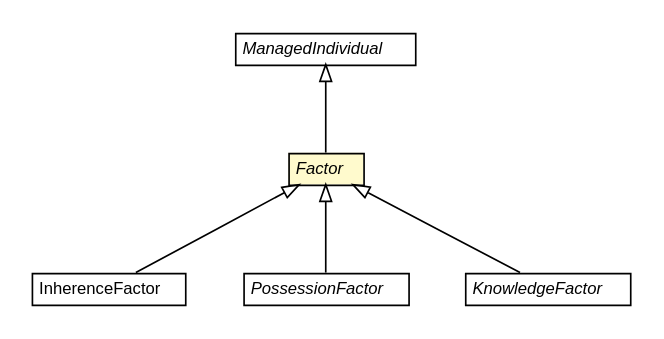
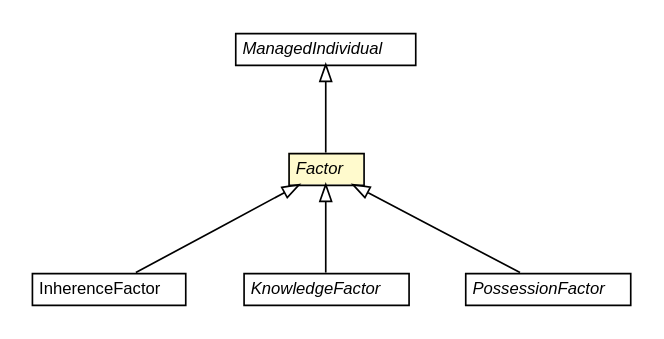
One commit to universAAL/ontology changed the diagram in ont.pom/apidocs/org/universAAL/ontology/security/Factor.dot. Above: the diagram before and after it, drawn with Graphviz. The commit also changed 1306 other files, not shown here.

```diff
--- a/ont.pom/apidocs/org/universAAL/ontology/security/Factor.dot
+++ b/ont.pom/apidocs/org/universAAL/ontology/security/Factor.dot
@@ -1,50 +1,50 @@
 #!/usr/local/bin/dot
 #
 # Class diagram 
 # Generated by UMLGraph version R5_6-24-gf6e263 (http://www.umlgraph.org/)
 #
 
 digraph G {
 	edge [fontname="Helvetica",fontsize=10,labelfontname="Helvetica",labelfontsize=10];
 	node [fontname="Helvetica",fontsize=10,shape=plaintext];
 	nodesep=0.25;
 	ranksep=0.5;
 	// org.universAAL.ontology.security.InherenceFactor
-	c175930 [label=<<table title="org.universAAL.ontology.security.InherenceFactor" border="0" cellborder="1" cellspacing="0" cellpadding="2" port="p" href="./InherenceFactor.html">
+	c175926 [label=<<table title="org.universAAL.ontology.security.InherenceFactor" border="0" cellborder="1" cellspacing="0" cellpadding="2" port="p" href="./InherenceFactor.html">
 		<tr><td><table border="0" cellspacing="0" cellpadding="1">
 <tr><td align="center" balign="center"> InherenceFactor </td></tr>
 		</table></td></tr>
 		</table>>, URL="./InherenceFactor.html", fontname="Helvetica", fontcolor="black", fontsize=10.0];
+	// org.universAAL.ontology.security.KnowledgeFactor
+	c175929 [label=<<table title="org.universAAL.ontology.security.KnowledgeFactor" border="0" cellborder="1" cellspacing="0" cellpadding="2" port="p" href="./KnowledgeFactor.html">
+		<tr><td><table border="0" cellspacing="0" cellpadding="1">
+<tr><td align="center" balign="center"><font face="Helvetica-Oblique"> KnowledgeFactor </font></td></tr>
+		</table></td></tr>
+		</table>>, URL="./KnowledgeFactor.html", fontname="Helvetica", fontcolor="black", fontsize=10.0];
+	// org.universAAL.ontology.security.Factor
+	c175934 [label=<<table title="org.universAAL.ontology.security.Factor" border="0" cellborder="1" cellspacing="0" cellpadding="2" port="p" bgcolor="lemonChiffon" href="./Factor.html">
+		<tr><td><table border="0" cellspacing="0" cellpadding="1">
+<tr><td align="center" balign="center"><font face="Helvetica-Oblique"> Factor </font></td></tr>
+		</table></td></tr>
+		</table>>, URL="./Factor.html", fontname="Helvetica", fontcolor="black", fontsize=10.0];
 	// org.universAAL.ontology.security.PossessionFactor
-	c175938 [label=<<table title="org.universAAL.ontology.security.PossessionFactor" border="0" cellborder="1" cellspacing="0" cellpadding="2" port="p" href="./PossessionFactor.html">
+	c175942 [label=<<table title="org.universAAL.ontology.security.PossessionFactor" border="0" cellborder="1" cellspacing="0" cellpadding="2" port="p" href="./PossessionFactor.html">
 		<tr><td><table border="0" cellspacing="0" cellpadding="1">
 <tr><td align="center" balign="center"><font face="Helvetica-Oblique"> PossessionFactor </font></td></tr>
 		</table></td></tr>
 		</table>>, URL="./PossessionFactor.html", fontname="Helvetica", fontcolor="black", fontsize=10.0];
-	// org.universAAL.ontology.security.Factor
-	c175940 [label=<<table title="org.universAAL.ontology.security.Factor" border="0" cellborder="1" cellspacing="0" cellpadding="2" port="p" bgcolor="lemonChiffon" href="./Factor.html">
-		<tr><td><table border="0" cellspacing="0" cellpadding="1">
-<tr><td align="center" balign="center"><font face="Helvetica-Oblique"> Factor </font></td></tr>
-		</table></td></tr>
-		</table>>, URL="./Factor.html", fontname="Helvetica", fontcolor="black", fontsize=10.0];
-	// org.universAAL.ontology.security.KnowledgeFactor
-	c175941 [label=<<table title="org.universAAL.ontology.security.KnowledgeFactor" border="0" cellborder="1" cellspacing="0" cellpadding="2" port="p" href="./KnowledgeFactor.html">
-		<tr><td><table border="0" cellspacing="0" cellpadding="1">
-<tr><td align="center" balign="center"><font face="Helvetica-Oblique"> KnowledgeFactor </font></td></tr>
-		</table></td></tr>
-		</table>>, URL="./KnowledgeFactor.html", fontname="Helvetica", fontcolor="black", fontsize=10.0];
 	//org.universAAL.ontology.security.InherenceFactor extends org.universAAL.ontology.security.Factor
-	c175940:p -> c175930:p [dir=back,arrowtail=empty];
+	c175934:p -> c175926:p [dir=back,arrowtail=empty];
+	//org.universAAL.ontology.security.KnowledgeFactor extends org.universAAL.ontology.security.Factor
+	c175934:p -> c175929:p [dir=back,arrowtail=empty];
+	//org.universAAL.ontology.security.Factor extends org.universAAL.middleware.owl.ManagedIndividual
+	c175951:p -> c175934:p [dir=back,arrowtail=empty];
 	//org.universAAL.ontology.security.PossessionFactor extends org.universAAL.ontology.security.Factor
-	c175940:p -> c175938:p [dir=back,arrowtail=empty];
-	//org.universAAL.ontology.security.Factor extends org.universAAL.middleware.owl.ManagedIndividual
-	c175951:p -> c175940:p [dir=back,arrowtail=empty];
-	//org.universAAL.ontology.security.KnowledgeFactor extends org.universAAL.ontology.security.Factor
-	c175940:p -> c175941:p [dir=back,arrowtail=empty];
+	c175934:p -> c175942:p [dir=back,arrowtail=empty];
 	// org.universAAL.middleware.owl.ManagedIndividual
 	c175951 [label=<<table title="org.universAAL.middleware.owl.ManagedIndividual" border="0" cellborder="1" cellspacing="0" cellpadding="2" port="p" href="http://java.sun.com/j2se/1.4.2/docs/api/org/universAAL/middleware/owl/ManagedIndividual.html">
 		<tr><td><table border="0" cellspacing="0" cellpadding="1">
 <tr><td align="center" balign="center"><font face="Helvetica-Oblique"> ManagedIndividual </font></td></tr>
 		</table></td></tr>
 		</table>>, URL="http://java.sun.com/j2se/1.4.2/docs/api/org/universAAL/middleware/owl/ManagedIndividual.html", fontname="Helvetica", fontcolor="black", fontsize=10.0];
 }
```
